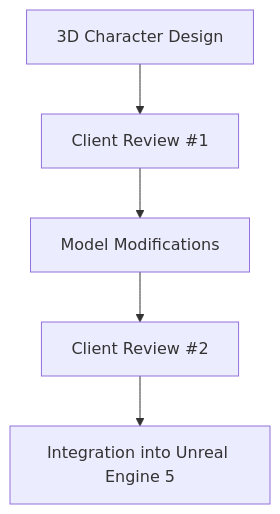
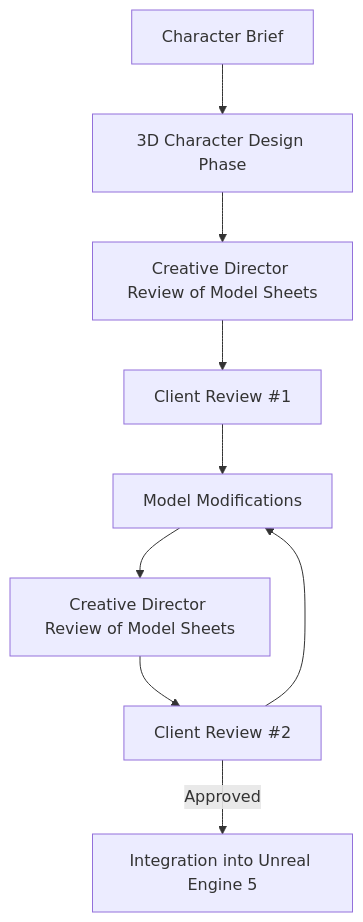
The diagram in 3d-character-workflow.md (diamond-one/hybrid-AI-animated-shorts-pipeline), drawn with Mermaid before and after one commit. The commit also changed other lines of this file and 4 other files, not shown here.

````diff
--- a/3d-character-workflow.md
+++ b/3d-character-workflow.md
@@ -6,7 +7,20 @@
 ```mermaid
 flowchart TD
-    A[3D Character Design] --> B[Client Review #1]
-    B --> C[Model Modifications]
-    C --> D[Client Review #2]
-    D --> E[Integration into Unreal Engine 5]
+    node0["Character Brief"]
+    node1["3D Character Design Phase"]
+    node1a["Creative Director Review of Model Sheets"]
+    node2["Client Review #1"]
+    node3["Model Modifications"]
+    node3a["Creative Director Review of Model Sheets"]
+    node4["Client Review #2"]
+    node5["Integration into Unreal Engine 5"]
+
+    node0 --> node1
+    node1 --> node1a
+    node1a --> node2 
+    node2 --> node3
+    node3 --> node3a
+    node3a --> node4 
+    node4 --Approved--> node5
+    node4 --> node3
 ```
````
